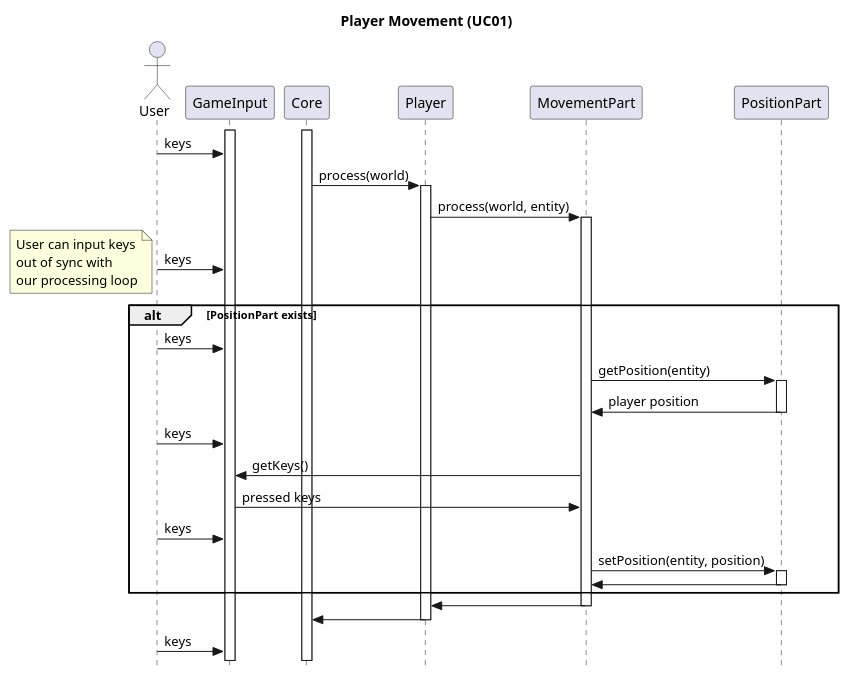
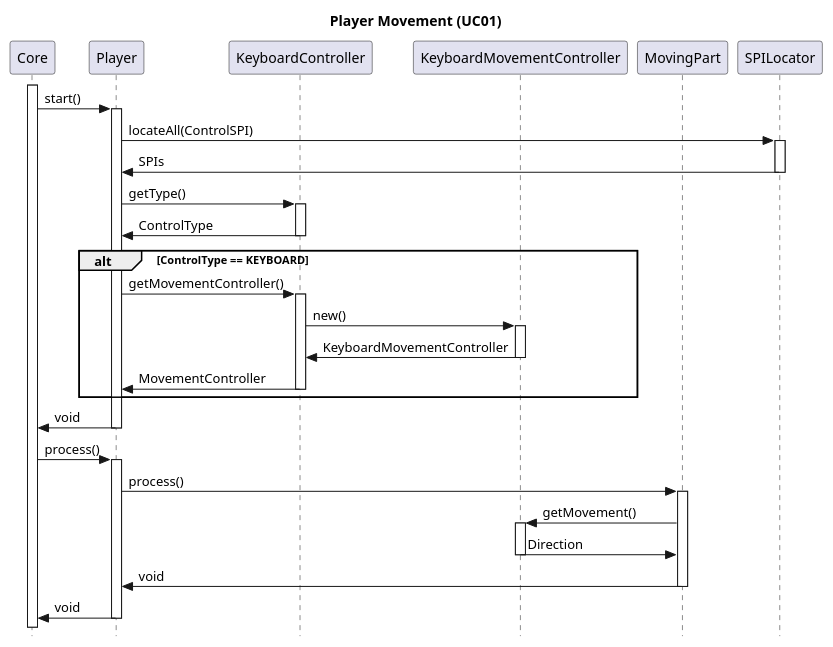
One commit to sesem4/Nelda changed the diagram in docs/diagrams/SequenceDiagrams/PlayerMovement.puml. Above: the diagram before and after it, drawn with PlantUML. The commit also changed 1 other file, not shown here.

```diff
--- a/docs/diagrams/SequenceDiagrams/PlayerMovement.puml
+++ b/docs/diagrams/SequenceDiagrams/PlayerMovement.puml
@@ -1,39 +1,57 @@
 @startuml Player Movement
 skinparam style strictuml
 title Player Movement (UC01)
-Actor User
-activate GameInput
+
+participant Core
+participant Player
+participant KeyboardController
+participant KeyboardMovementController
+participant MovingPart
+participant SPILocator
+
+
 activate Core
+Core -> Player : start()
+activate Player
+Player -> SPILocator : locateAll(ControlSPI)
+activate SPILocator
+SPILocator -> Player : SPIs
+deactivate SPILocator
 
-User -> GameInput: keys
-Core -> Player: process(world)
+Player -> KeyboardController : getType()
+activate KeyboardController
+KeyboardController -> Player : ControlType
+deactivate KeyboardController
+
+alt ControlType == KEYBOARD
+Player -> KeyboardController : getMovementController()
+activate KeyboardController
+KeyboardController -> KeyboardMovementController : new()
+activate KeyboardMovementController
+KeyboardMovementController -> KeyboardController : KeyboardMovementController
+deactivate KeyboardMovementController
+KeyboardController -> Player : MovementController
+deactivate KeyboardController
+
+end alt
+
+Player -> Core : void
+deactivate Player
+
+Core -> Player : process()
 activate Player
-Player -> MovementPart: process(world, entity)
-activate MovementPart
-User -> GameInput: keys
-note left
-	User can input keys
-	out of sync with
-	our processing loop
-end note
-alt PositionPart exists
-	User -> GameInput: keys
-	MovementPart -> PositionPart: getPosition(entity)
-	activate PositionPart
-	PositionPart -> MovementPart: player position
-	deactivate PositionPart
-	User -> GameInput: keys
-	MovementPart -> GameInput: getKeys()
-	GameInput -> MovementPart: pressed keys
-	User -> GameInput: keys
-	MovementPart -> PositionPart: setPosition(entity, position)
-	activate PositionPart
-	PositionPart -> MovementPart
-	deactivate PositionPart
-end
-MovementPart -> Player
-deactivate MovementPart
-Player -> Core
+
+Player -> MovingPart : process()
+activate MovingPart
+
+MovingPart -> KeyboardMovementController : getMovement()
+activate KeyboardMovementController
+KeyboardMovementController -> MovingPart : Direction
+deactivate KeyboardMovementController
+
+MovingPart -> Player : void
+deactivate MovingPart
+
+Player -> Core : void
 deactivate Player
-User -> GameInput: keys
 @enduml
```
